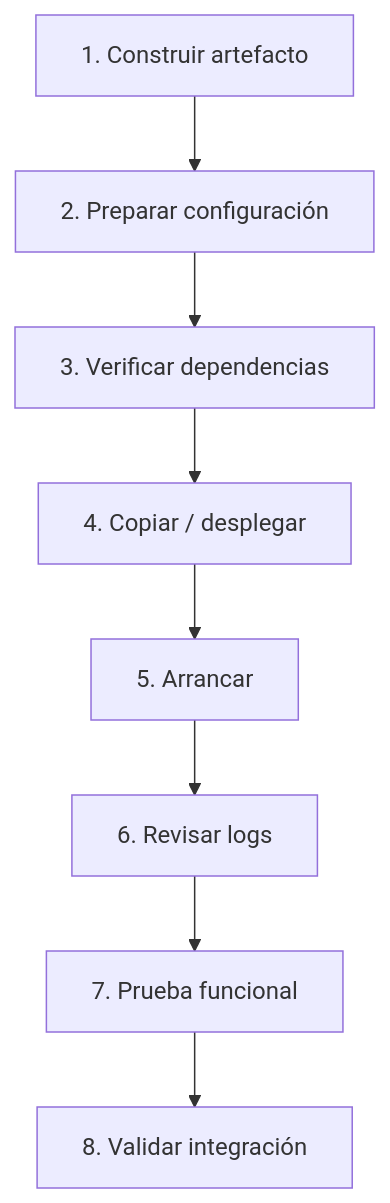
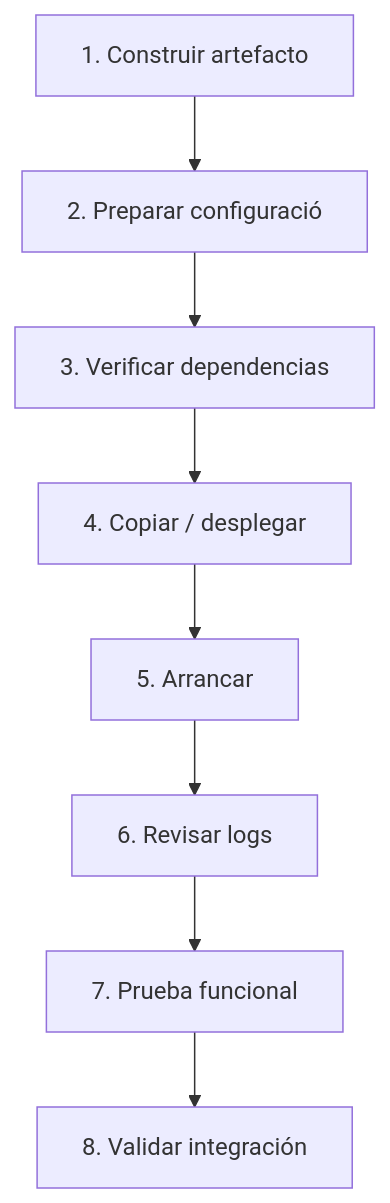
The third of 3 diagrams in docs/daw-daw/up3/06-ajustes-despliegue.md (jordicido/jordicina), drawn with Mermaid before and after one commit. The commit also changed other lines of this file and 10 other files, not shown here.

````diff
--- a/docs/daw-daw/up3/06-ajustes-despliegue.md
+++ b/docs/daw-daw/up3/06-ajustes-despliegue.md
@@ -319,10 +319,10 @@
 ```mermaid
 flowchart TD
-    A["1. Construir artefacto"] --> B["2. Preparar configuración"]
+    A["1. Construir artefacto"] --> B["2. Preparar configuració"]
     B --> C["3. Verificar dependencias"]
     C --> D["4. Copiar / desplegar"]
     D --> E["5. Arrancar"]
     E --> F["6. Revisar logs"]
     F --> G["7. Prueba funcional"]
     G --> H["8. Validar integración"]
 ```
````
